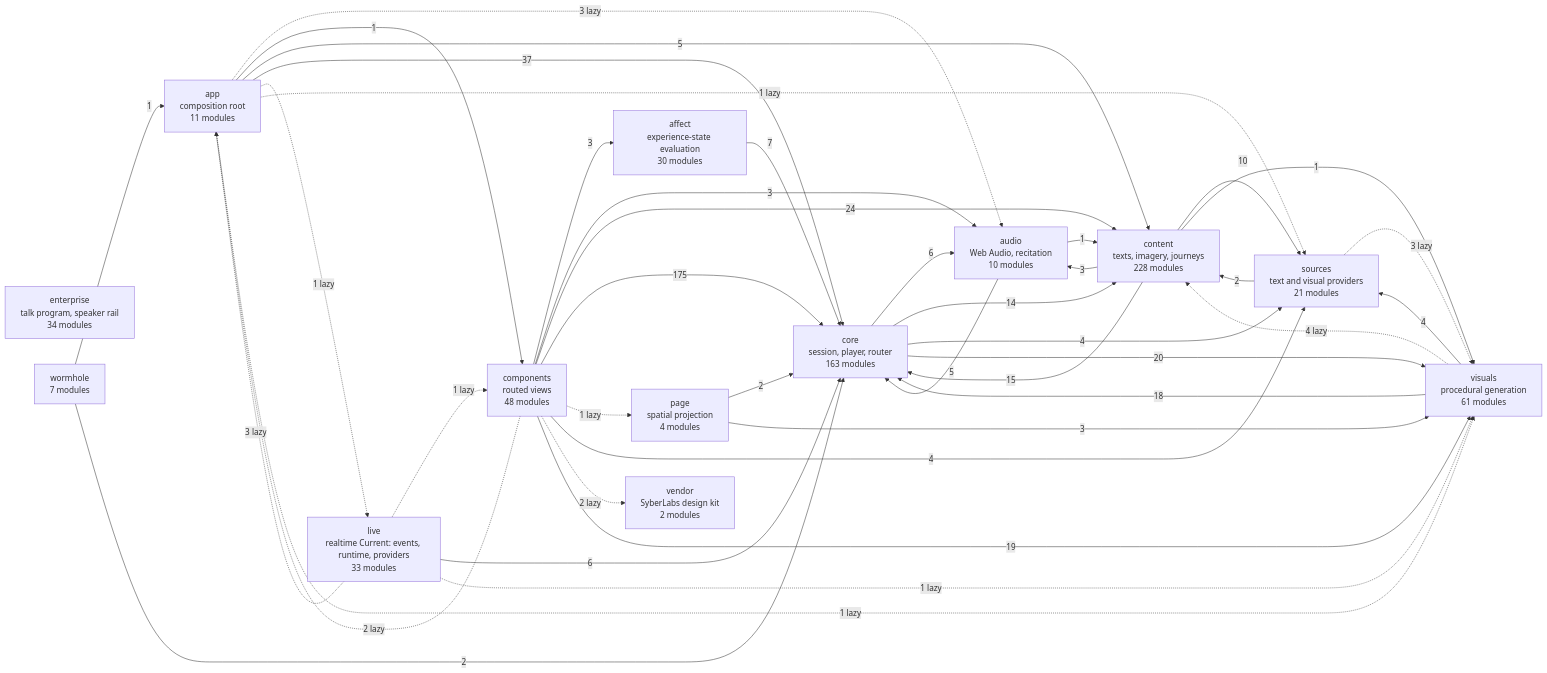
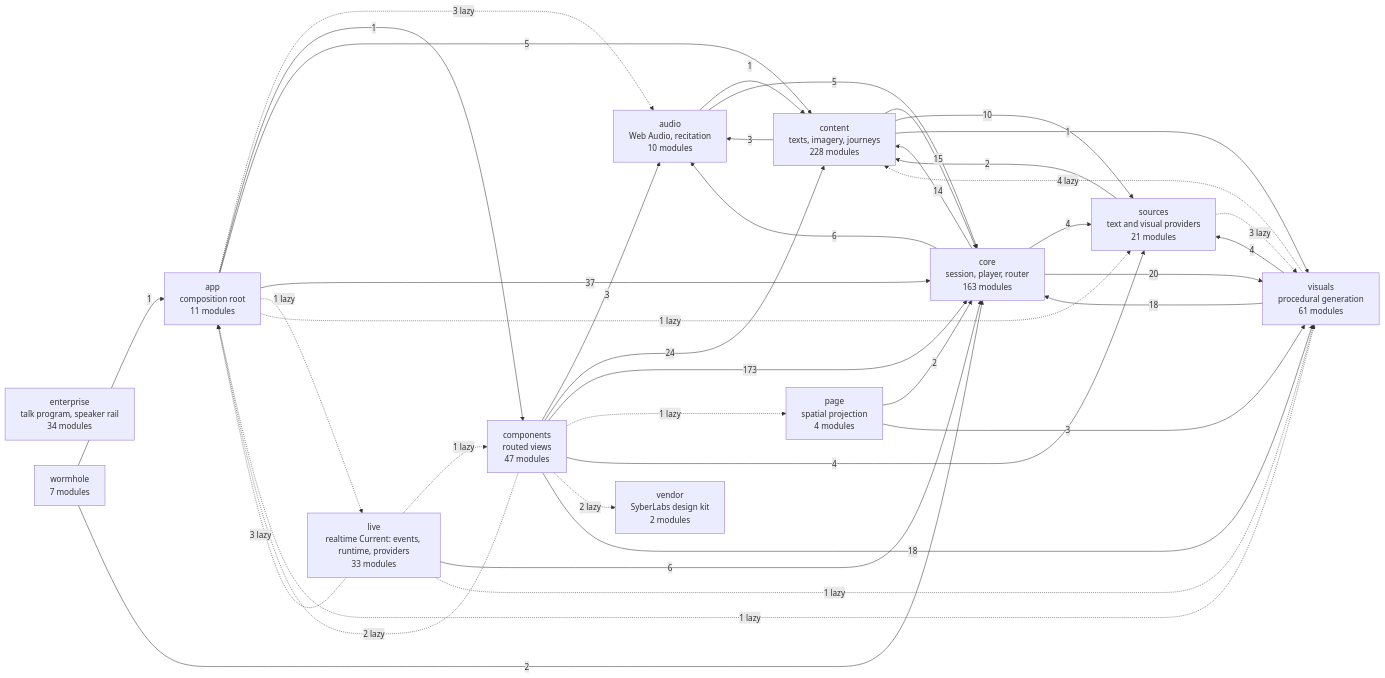
Before and after one commit to SyberLabs/RISE: the diagram in docs/specs/ARCHITECTURE.md, drawn with Mermaid. The commit also changed other lines of this file and 71 other files, not shown here.

````diff
--- a/docs/specs/ARCHITECTURE.md
+++ b/docs/specs/ARCHITECTURE.md
@@ -160,57 +160,54 @@
 ```mermaid
 flowchart LR
-    affect["affect<br/>experience-state evaluation<br/>30 modules"]
     app["app<br/>composition root<br/>11 modules"]
     audio["audio<br/>Web Audio, recitation<br/>10 modules"]
-    components["components<br/>routed views<br/>48 modules"]
+    components["components<br/>routed views<br/>47 modules"]
     content["content<br/>texts, imagery, journeys<br/>228 modules"]
     core["core<br/>session, player, router<br/>163 modules"]
     enterprise["enterprise<br/>talk program, speaker rail<br/>34 modules"]
     live["live<br/>realtime Current: events, runtime, providers<br/>33 modules"]
     page["page<br/>spatial projection<br/>4 modules"]
     sources["sources<br/>text and visual providers<br/>21 modules"]
     vendor["vendor<br/>SyberLabs design kit<br/>2 modules"]
     visuals["visuals<br/>procedural generation<br/>61 modules"]
     wormhole["wormhole<br/>7 modules"]
 
-    affect --> |7| core
     app -.-> |3 lazy| audio
     app --> |1| components
     app --> |5| content
     app --> |37| core
     app -.-> |1 lazy| live
     app -.-> |1 lazy| sources
     app -.-> |1 lazy| visuals
     audio --> |1| content
     audio --> |5| core
-    components --> |3| affect
     components -.-> |2 lazy| app
     components --> |3| audio
     components --> |24| content
-    components --> |175| core
+    components --> |173| core
     components -.-> |1 lazy| page
     components --> |4| sources
     components -.-> |2 lazy| vendor
-    components --> |19| visuals
+    components --> |18| visuals
     content --> |3| audio
     content --> |15| core
     content --> |10| sources
     content --> |1| visuals
     core --> |6| audio
     core --> |14| content
     core --> |4| sources
     core --> |20| visuals
     live -.-> |3 lazy| app
     live -.-> |1 lazy| components
     live --> |6| core
     live -.-> |1 lazy| visuals
     page --> |2| core
     page --> |3| visuals
     sources --> |2| content
     sources -.-> |3 lazy| visuals
     visuals -.-> |4 lazy| content
     visuals --> |18| core
     visuals --> |4| sources
     wormhole --> |1| app
     wormhole --> |2| core
 ```
````
